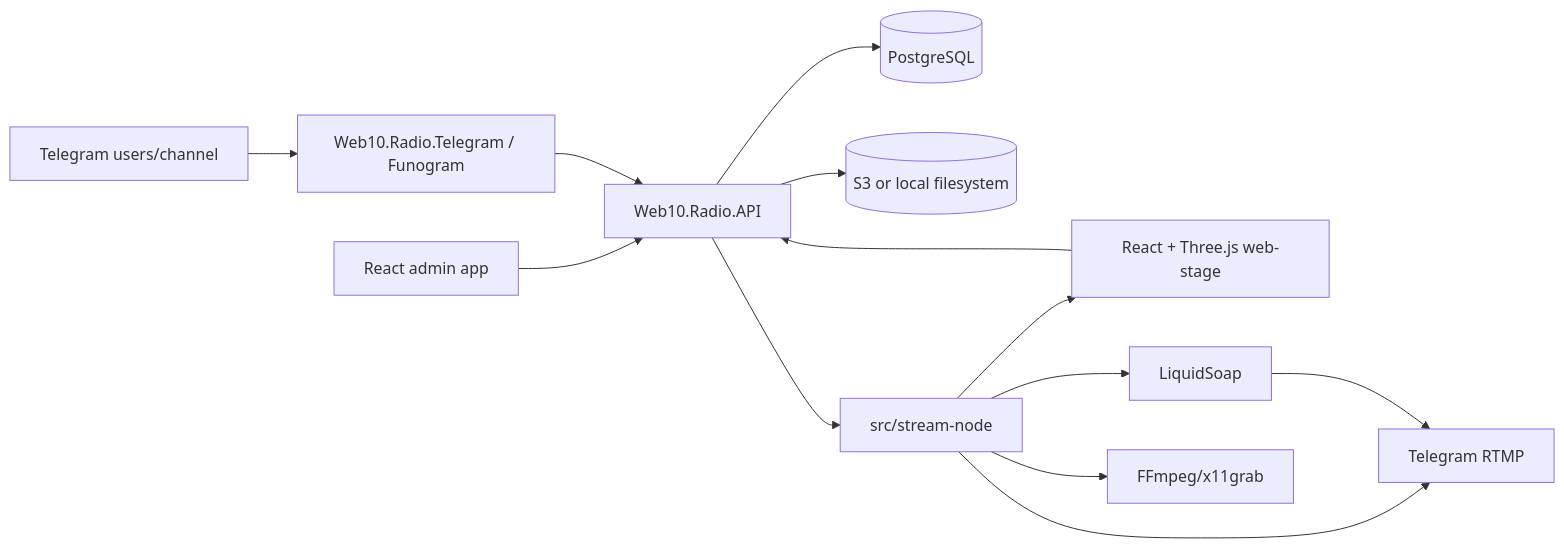
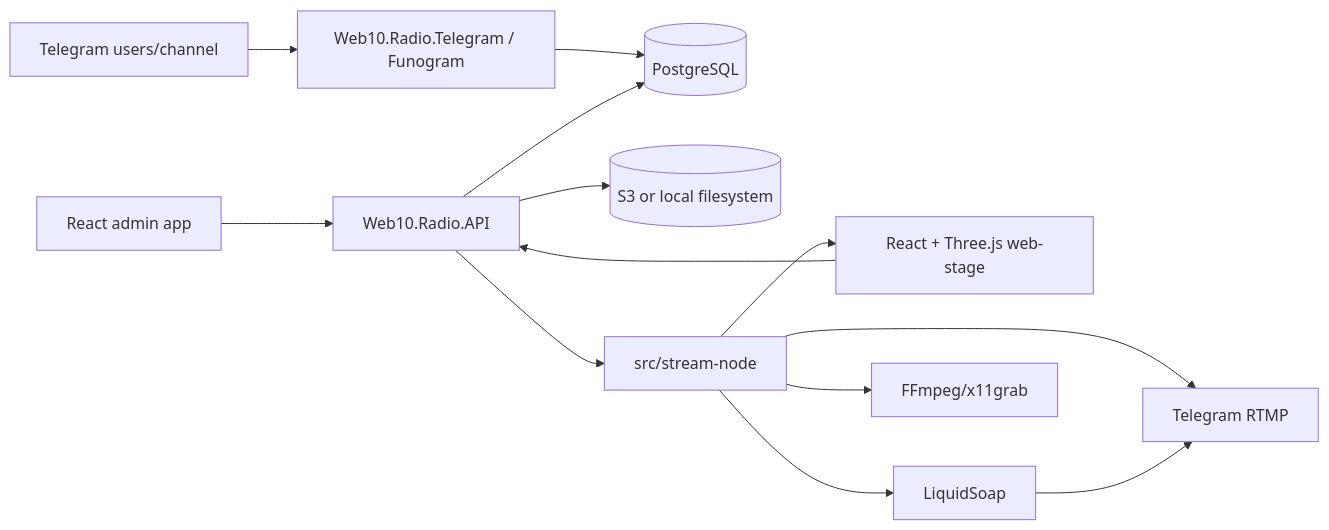
The diagram in AGENTS.md (Keroosha/better-web10-radio), drawn with Mermaid before and after one commit. The commit also changed other lines of this file and 128 other files, not shown here.

````diff
--- a/AGENTS.md
+++ b/AGENTS.md
@@ -13,15 +13,15 @@
 ```mermaid
 flowchart LR
   TG[Telegram users/channel] --> Bot[Web10.Radio.Telegram / Funogram]
   Admin[React admin app] --> API[Web10.Radio.API]
   Stage[React + Three.js web-stage] --> API
-  Bot --> API
-  API --> DB[(PostgreSQL)]
+  Bot --> DB[(PostgreSQL)]
+  API --> DB
   API --> Storage[(S3 or local filesystem)]
   API --> StreamNode[src/stream-node]
   StreamNode --> Stage
   StreamNode --> LS[LiquidSoap]
   StreamNode --> FFmpeg[FFmpeg/x11grab]
   StreamNode --> RTMP[Telegram RTMP]
   LS --> RTMP
 ```
````
